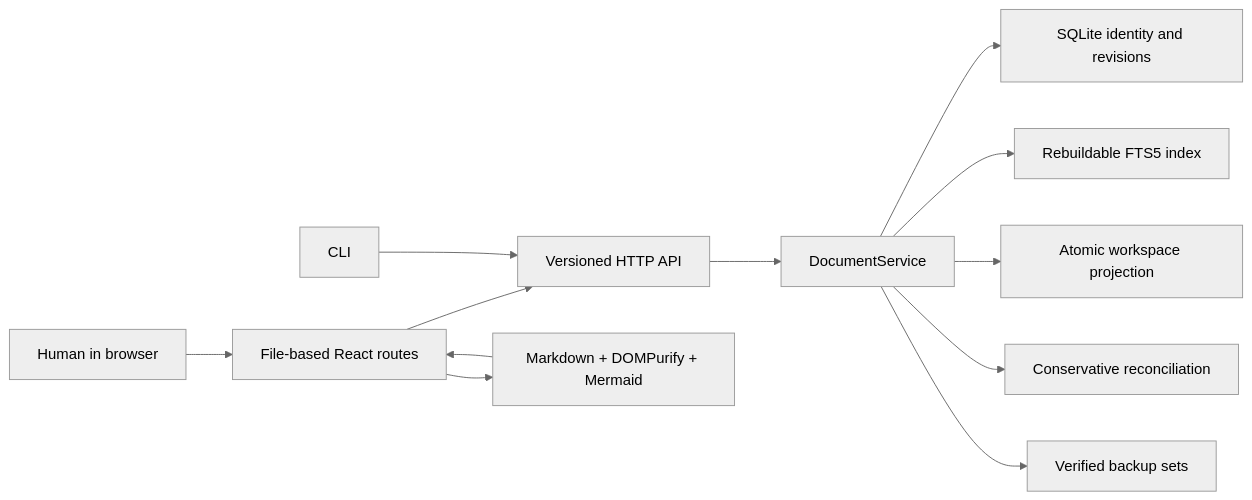
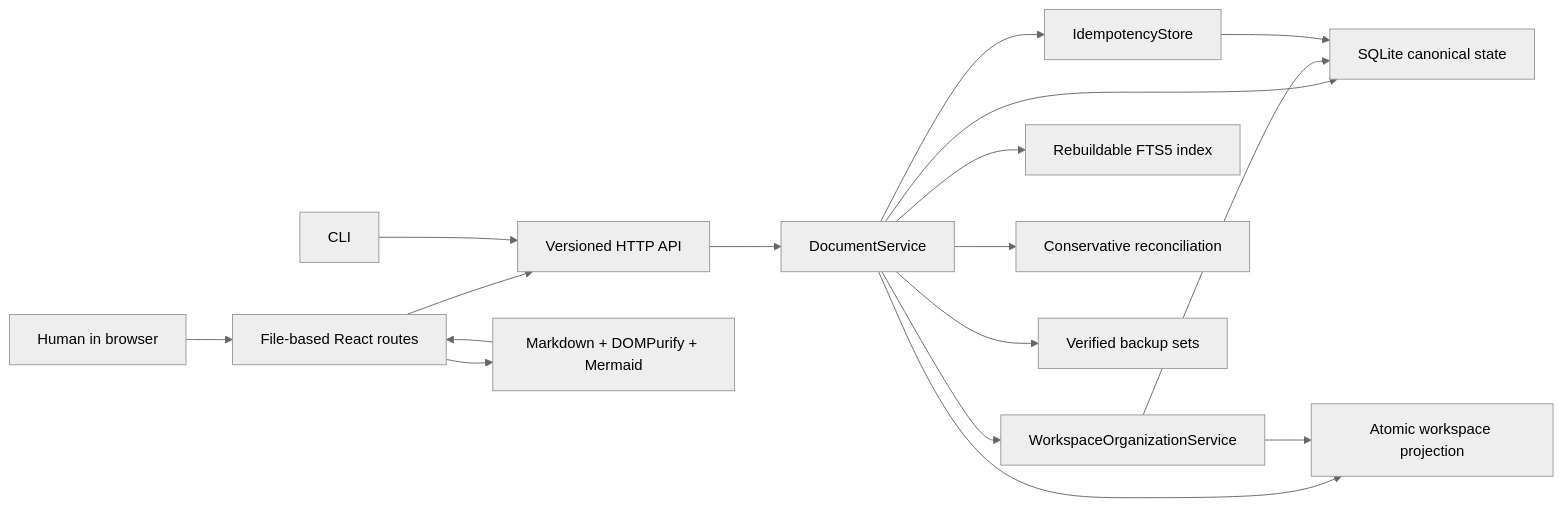
Before and after one commit to jayshah5696/sangam: the first of 2 diagrams in docs/PHASE_2.md, drawn with Mermaid (neutral theme). The commit also changed other lines of this file and 11 other files, not shown here.

````diff
--- a/docs/PHASE_2.md
+++ b/docs/PHASE_2.md
@@ -33,14 +33,19 @@
 ```mermaid
 flowchart LR
     Human["Human in browser"] --> Routes["File-based React routes"]
     Routes --> API["Versioned HTTP API"]
     CLI["CLI"] --> API
     API --> Service["DocumentService"]
-    Service --> Revisions["SQLite identity and revisions"]
+    Service --> Organization["WorkspaceOrganizationService"]
+    Service --> Idempotency["IdempotencyStore"]
+    Service --> Revisions["SQLite canonical state"]
+    Organization --> Revisions
+    Idempotency --> Revisions
     Service --> Search["Rebuildable FTS5 index"]
     Service --> Files["Atomic workspace projection"]
+    Organization --> Files
     Service --> Reconcile["Conservative reconciliation"]
     Service --> Backup["Verified backup sets"]
     Routes --> Preview["Markdown + DOMPurify + Mermaid"]
     Preview --> Routes
 ```
````
